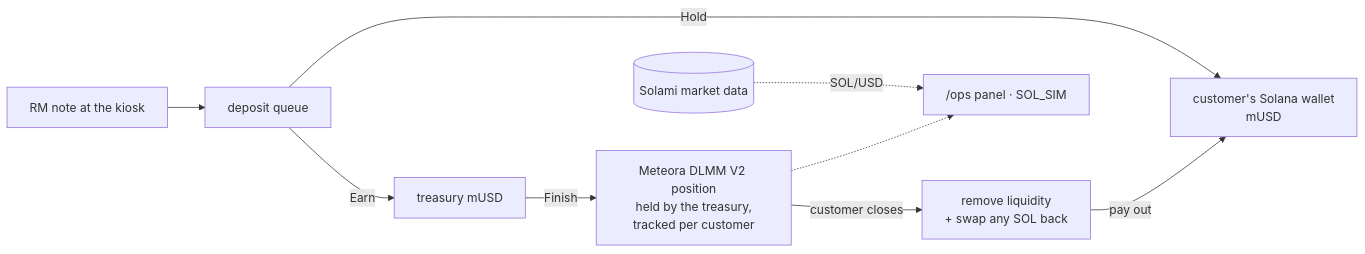
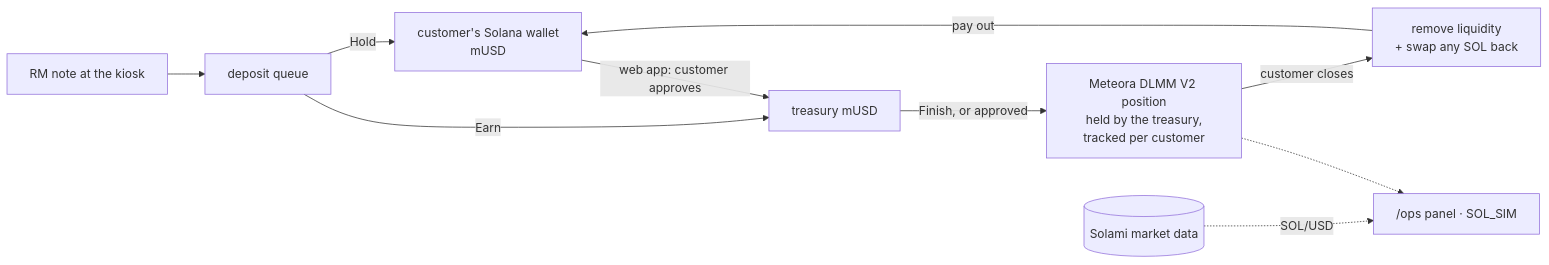
One commit to AqilJaafree/takarabako-solana changed the second of 3 diagrams in README.md. Above: the diagram before and after it, drawn with Mermaid. The commit also changed other lines of this file, not shown here.

Commit message:
README: Earn from held mUSD in the web app

````diff
--- a/README.md
+++ b/README.md
@@ -187,11 +197,12 @@
 ```mermaid
 flowchart LR
     Cash[RM note at the kiosk] --> Q[deposit queue]
     Q -->|Hold| W[customer's Solana wallet<br/>mUSD]
     Q -->|Earn| T[treasury mUSD]
-    T -->|Finish| P[Meteora DLMM V2 position<br/>held by the treasury,<br/>tracked per customer]
+    W -->|web app: customer approves| T
+    T -->|Finish, or approved| P[Meteora DLMM V2 position<br/>held by the treasury,<br/>tracked per customer]
     P -->|customer closes| R[remove liquidity<br/>+ swap any SOL back]
     R -->|pay out| W
     S[(Solami market data)] -.->|SOL/USD| O["/ops panel · SOL_SIM"]
     P -.-> O
 ```
````
